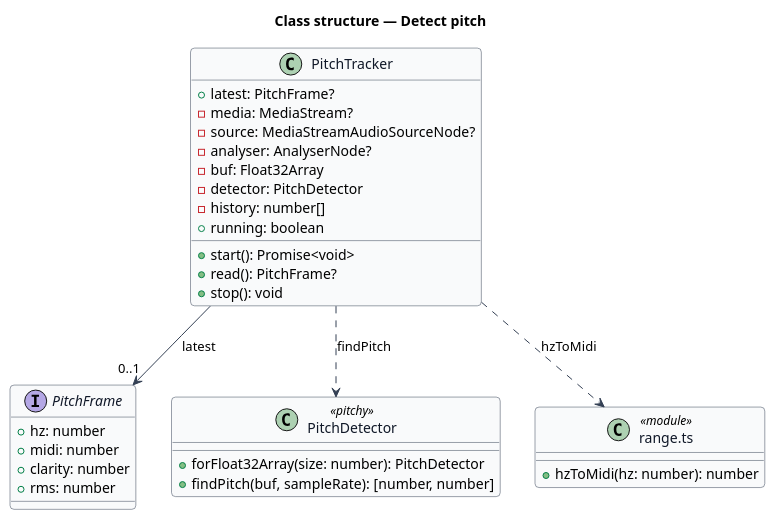
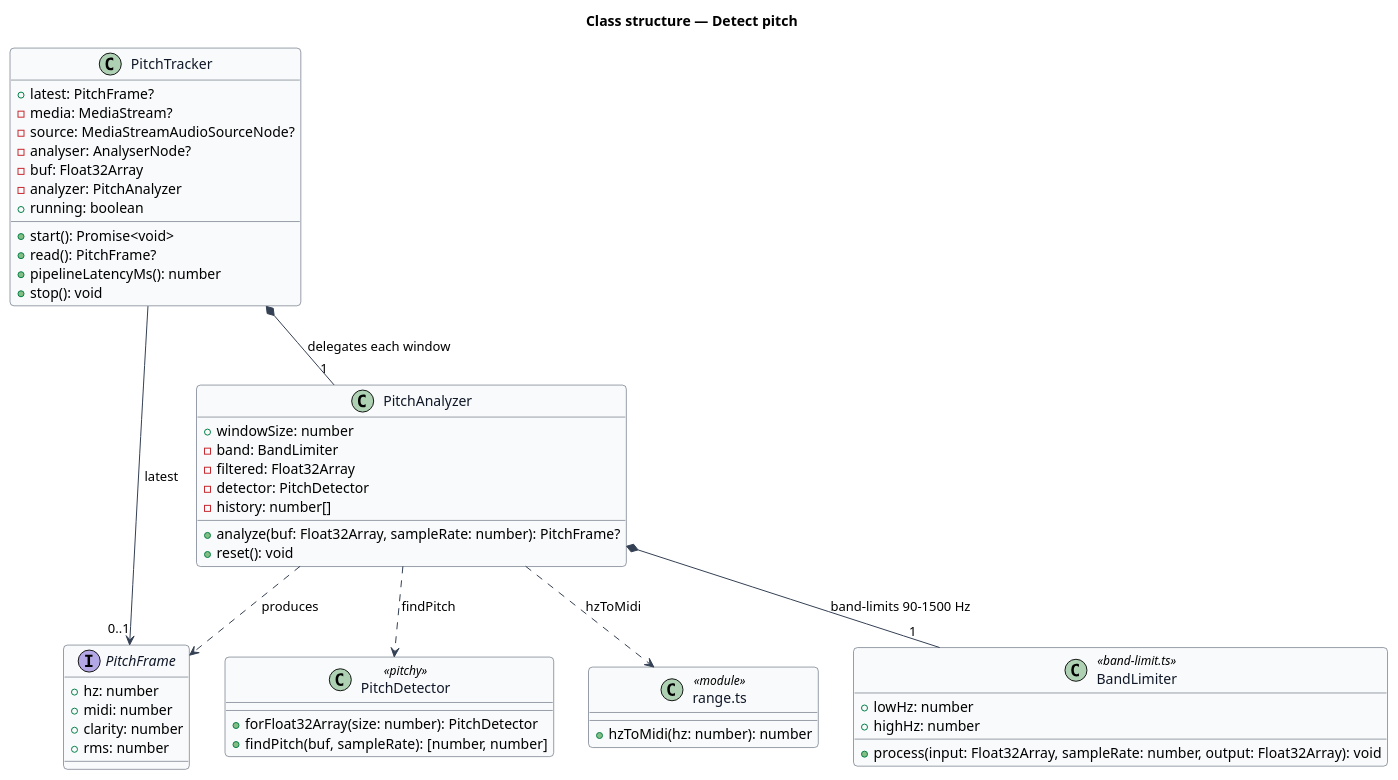
The diagram in docs/detailed-designs/audio-engine/detect-pitch/diagrams/class-structure.puml (QuinntyneBrown/TwinkleTune), drawn with PlantUML before and after one commit. The commit also changed 9 other files, not shown here.

First line of the commit message:
Specify band-limited pitch detection (AE-L2-19, AE-L2-20)

```diff
--- a/docs/detailed-designs/audio-engine/detect-pitch/diagrams/class-structure.puml
+++ b/docs/detailed-designs/audio-engine/detect-pitch/diagrams/class-structure.puml
@@ -1,49 +1,68 @@
 @startuml
 ' --- shared skin header ---
 skinparam backgroundColor #FFFFFF
 skinparam shadowing false
 skinparam roundcorner 8
 skinparam defaultFontName Arial
 skinparam ArrowColor #344054
 skinparam class {
   BorderColor #344054
   FontColor #101828
   BackgroundColor #F9FAFB
 }
 ' --------------------------
 title Class structure — Detect pitch
 
 class PitchTracker {
   +latest: PitchFrame?
   -media: MediaStream?
   -source: MediaStreamAudioSourceNode?
   -analyser: AnalyserNode?
   -buf: Float32Array
-  -detector: PitchDetector
-  -history: number[]
+  -analyzer: PitchAnalyzer
   +running: boolean
   +start(): Promise<void>
   +read(): PitchFrame?
+  +pipelineLatencyMs(): number
   +stop(): void
+}
+
+class PitchAnalyzer {
+  +windowSize: number
+  -band: BandLimiter
+  -filtered: Float32Array
+  -detector: PitchDetector
+  -history: number[]
+  +analyze(buf: Float32Array, sampleRate: number): PitchFrame?
+  +reset(): void
+}
+
+class BandLimiter <<band-limit.ts>> {
+  +lowHz: number
+  +highHz: number
+  +process(input: Float32Array, sampleRate: number, output: Float32Array): void
 }
 
 interface PitchFrame {
   +hz: number
   +midi: number
   +clarity: number
   +rms: number
 }
 
 class "PitchDetector" as Detector <<pitchy>> {
   +forFloat32Array(size: number): PitchDetector
   +findPitch(buf, sampleRate): [number, number]
 }
 
 class "range.ts" as RangeMod <<module>> {
   +hzToMidi(hz: number): number
 }
 
 PitchTracker --> "0..1" PitchFrame : latest
-PitchTracker ..> Detector : findPitch
-PitchTracker ..> RangeMod : hzToMidi
+PitchTracker *-- "1" PitchAnalyzer : delegates each window
+PitchAnalyzer *-- "1" BandLimiter : band-limits 90-1500 Hz
+PitchAnalyzer ..> PitchFrame : produces
+PitchAnalyzer ..> Detector : findPitch
+PitchAnalyzer ..> RangeMod : hzToMidi
 @enduml
```
